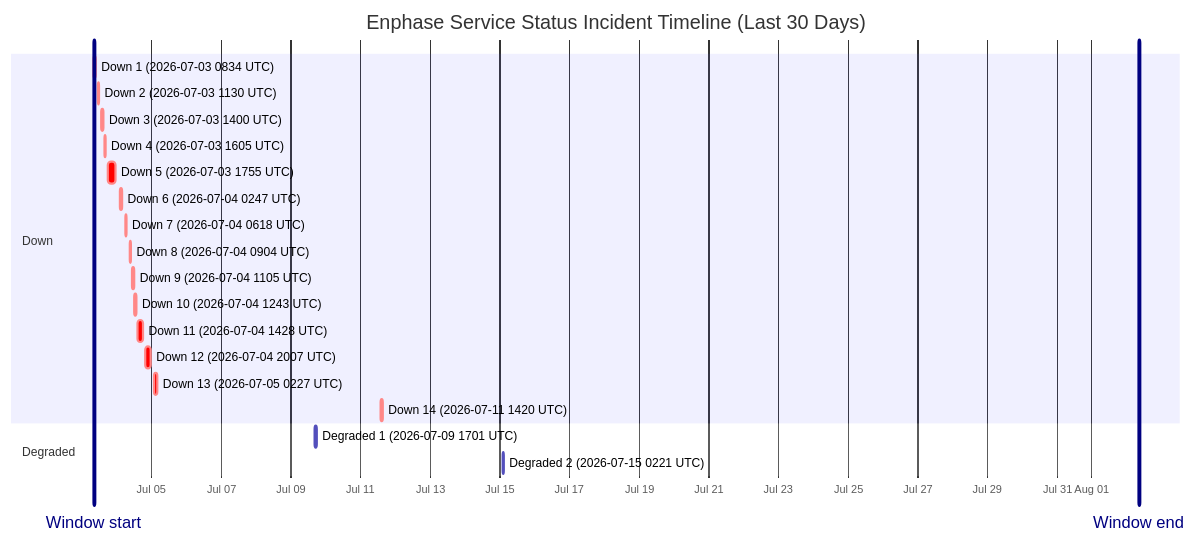
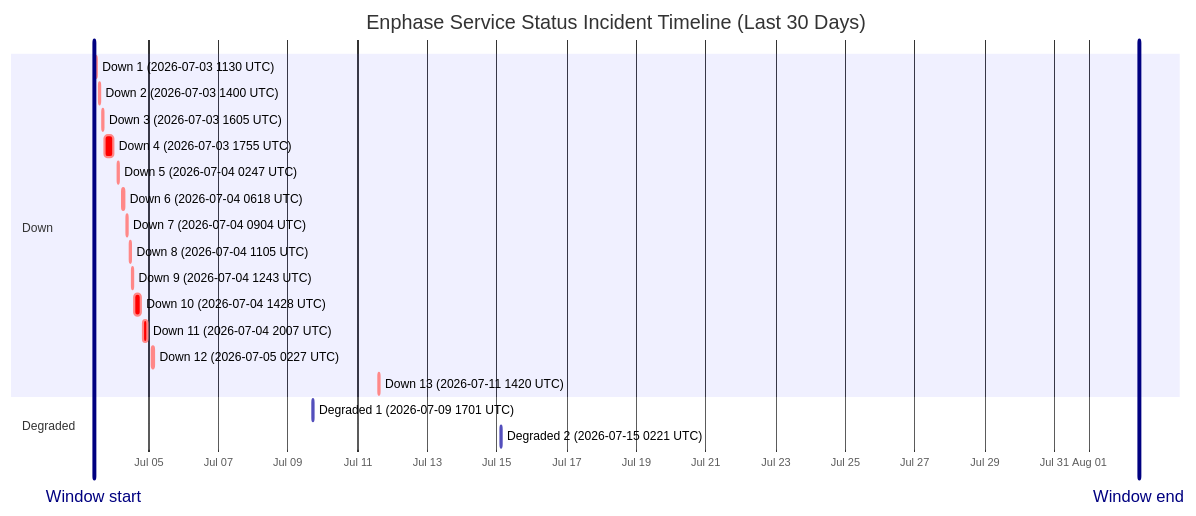
One commit to barneyonline/ha-enphase-energy changed the diagram in wiki/Service-Status-History.md. Above: the diagram before and after it, drawn with Mermaid. The commit also changed other lines of this file and 3 other files, not shown here.

````diff
--- a/wiki/Service-Status-History.md
+++ b/wiki/Service-Status-History.md
@@ -14,26 +14,25 @@
 ```mermaid
 gantt
     title Enphase Service Status Incident Timeline (Last 30 Days)
     dateFormat  YYYY-MM-DDTHH:mm:ss
     axisFormat  %b %d
-    Window start :vert, window-start, 2026-07-03T08:24:48, 0ms
-    Window end :vert, window-end, 2026-08-02T08:24:48, 0ms
+    Window start :vert, window-start, 2026-07-03T10:14:19, 0ms
+    Window end :vert, window-end, 2026-08-02T10:14:19, 0ms
     section Down
-    Down 1 (2026-07-03 0834 UTC) :crit, down-1, 2026-07-03T08:34:05, 60m
-    Down 2 (2026-07-03 1130 UTC) :crit, down-2, 2026-07-03T11:30:41, 60m
-    Down 3 (2026-07-03 1400 UTC) :crit, down-3, 2026-07-03T14:00:48, 60m
-    Down 4 (2026-07-03 1605 UTC) :crit, down-4, 2026-07-03T16:05:49, 60m
-    Down 5 (2026-07-03 1755 UTC) :crit, down-5, 2026-07-03T17:55:54, 338m
-    Down 6 (2026-07-04 0247 UTC) :crit, down-6, 2026-07-04T02:47:22, 60m
-    Down 7 (2026-07-04 0618 UTC) :crit, down-7, 2026-07-04T06:18:09, 60m
-    Down 8 (2026-07-04 0904 UTC) :crit, down-8, 2026-07-04T09:04:41, 60m
-    Down 9 (2026-07-04 1105 UTC) :crit, down-9, 2026-07-04T11:05:21, 60m
-    Down 10 (2026-07-04 1243 UTC) :crit, down-10, 2026-07-04T12:43:25, 60m
-    Down 11 (2026-07-04 1428 UTC) :crit, down-11, 2026-07-04T14:28:07, 243m
-    Down 12 (2026-07-04 2007 UTC) :crit, down-12, 2026-07-04T20:07:50, 206m
-    Down 13 (2026-07-05 0227 UTC) :crit, down-13, 2026-07-05T02:27:32, 109m
-    Down 14 (2026-07-11 1420 UTC) :crit, down-14, 2026-07-11T14:20:54, 69m
+    Down 1 (2026-07-03 1130 UTC) :crit, down-1, 2026-07-03T11:30:41, 60m
+    Down 2 (2026-07-03 1400 UTC) :crit, down-2, 2026-07-03T14:00:48, 60m
+    Down 3 (2026-07-03 1605 UTC) :crit, down-3, 2026-07-03T16:05:49, 60m
+    Down 4 (2026-07-03 1755 UTC) :crit, down-4, 2026-07-03T17:55:54, 338m
+    Down 5 (2026-07-04 0247 UTC) :crit, down-5, 2026-07-04T02:47:22, 60m
+    Down 6 (2026-07-04 0618 UTC) :crit, down-6, 2026-07-04T06:18:09, 60m
+    Down 7 (2026-07-04 0904 UTC) :crit, down-7, 2026-07-04T09:04:41, 60m
+    Down 8 (2026-07-04 1105 UTC) :crit, down-8, 2026-07-04T11:05:21, 60m
+    Down 9 (2026-07-04 1243 UTC) :crit, down-9, 2026-07-04T12:43:25, 60m
+    Down 10 (2026-07-04 1428 UTC) :crit, down-10, 2026-07-04T14:28:07, 243m
+    Down 11 (2026-07-04 2007 UTC) :crit, down-11, 2026-07-04T20:07:50, 206m
+    Down 12 (2026-07-05 0227 UTC) :crit, down-12, 2026-07-05T02:27:32, 109m
+    Down 13 (2026-07-11 1420 UTC) :crit, down-13, 2026-07-11T14:20:54, 69m
     section Degraded
     Degraded 1 (2026-07-09 1701 UTC) :active, degraded-1, 2026-07-09T17:01:02, 60m
     Degraded 2 (2026-07-15 0221 UTC) :active, degraded-2, 2026-07-15T02:21:35, 60m
 ```
````
